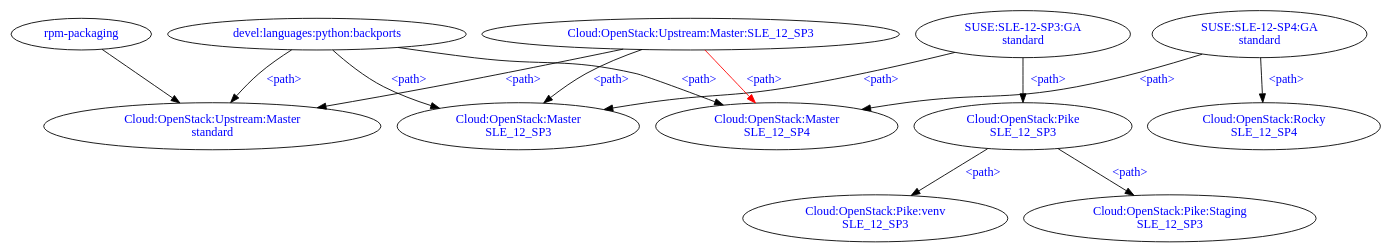
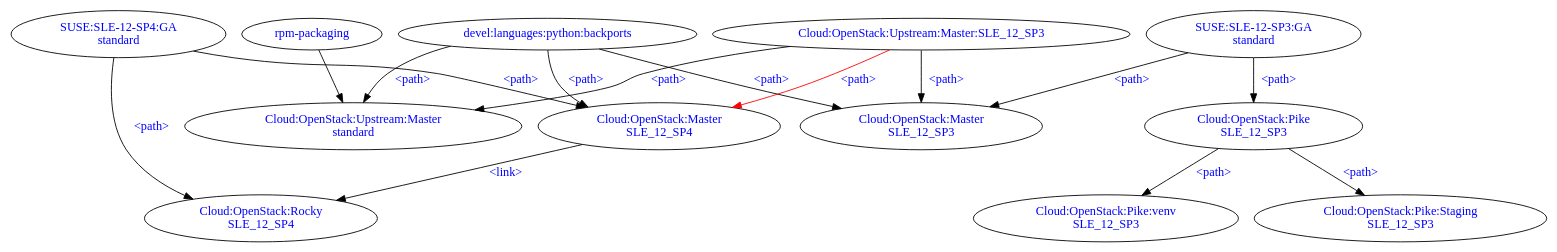
Before and after one commit to SUSE-Cloud/automation: the diagram in docs/repositories.dot, drawn with Graphviz.

Commit message:
add <link> from C:O:M to C:O:R

```diff
--- a/docs/repositories.dot
+++ b/docs/repositories.dot
@@ -1,145 +1,150 @@
 digraph G {
     dlpb[
       label="devel:languages:python:backports",
       URL="https://build.opensuse.org/project/show/devel:languages:python:backports",
       fontcolor="blue"
     ];
     SP3GA[
       label="SUSE:SLE-12-SP3:GA\nstandard",
       URL="https://build.opensuse.org/project/show/SUSE:SLE-12-SP3:GA",
       fontcolor="blue"
     ];
     SP4GA[
       label="SUSE:SLE-12-SP4:GA\nstandard",
       URL="https://build.opensuse.org/project/show/SUSE:SLE-12-SP4:GA",
       fontcolor="blue"
     ];
     COUMs[
       label="Cloud:OpenStack:Upstream:Master\nstandard",
       URL="https://build.opensuse.org/project/show/Cloud:OpenStack:Upstream:Master",
       fontcolor="blue"
     ];
     COUMSP3[
       label="Cloud:OpenStack:Upstream:Master:SLE_12_SP3",
       URL="https://build.opensuse.org/project/show/Cloud:OpenStack:Upstream:Master:SLE_12_SP3",
       fontcolor="blue"
     ];
     COMSP3[
       label="Cloud:OpenStack:Master\nSLE_12_SP3",
       URL="https://build.opensuse.org/project/show/Cloud:OpenStack:Master",
       fontcolor="blue"
     ];
     COMSP4[
       label="Cloud:OpenStack:Master\nSLE_12_SP4",
       URL="https://build.opensuse.org/project/show/Cloud:OpenStack:Master",
       fontcolor="blue"
     ];
 //    COF[
 //      label="Cloud:OpenStack:Factory",
 //      URL="https://build.opensuse.org/project/show/Cloud:OpenStack:Factory",
 //      fontcolor="blue"
 //    ];
     COP[
       label="Cloud:OpenStack:Pike\nSLE_12_SP3",
       URL="https://build.opensuse.org/project/show/Cloud:OpenStack:Pike",
       fontcolor="blue"
     ];
     COPv[
       label="Cloud:OpenStack:Pike:venv\nSLE_12_SP3",
       URL="https://build.opensuse.org/project/show/Cloud:OpenStack:Pike:venv",
       fontcolor="blue"
     ];
     COPS[
       label="Cloud:OpenStack:Pike:Staging\nSLE_12_SP3",
       URL="https://build.opensuse.org/project/show/Cloud:OpenStack:Pike:Staging",
       fontcolor="blue"
     ];
     CORSP4[
       label="Cloud:OpenStack:Rocky\nSLE_12_SP4",
       URL="https://build.opensuse.org/project/show/Cloud:OpenStack:Rocky",
       fontcolor="blue"
     ];
 //    CORS[
 //      label="Cloud:OpenStack:Rocky:Staging",
 //      URL="https://build.opensuse.org/project/show/Cloud:OpenStack:Rocky:Staging",
 //      fontcolor="blue"
 //    ];
     rp[
       label="rpm-packaging",
       URL="https://wiki.openstack.org/wiki/Rpm-packaging",
       fontcolor="blue"
     ];
 
     // Upstream
     dlpb -> COUMs[
       label="<path>",
       URL="https://build.opensuse.org/project/meta/Cloud:OpenStack:Upstream:Master",
       fontcolor="blue"
     ];
     COUMSP3 -> COUMs[
       label="<path>",
       URL="https://build.opensuse.org/project/meta/Cloud:OpenStack:Upstream:Master",
       fontcolor="blue"
     ];
 
     // Master SP3
     COUMSP3 -> COMSP3[
       label="<path>",
       URL="https://build.opensuse.org/project/meta/Cloud:OpenStack:Master",
       fontcolor="blue"
     ];
     dlpb -> COMSP3[
       label="<path>",
       URL="https://build.opensuse.org/project/meta/Cloud:OpenStack:Master",
       fontcolor="blue"
     ];
     SP3GA -> COMSP3[
       label="<path>",
       URL="https://build.opensuse.org/project/meta/Cloud:OpenStack:Master",
       fontcolor="blue"
     ];
 
     // Master SP4
     COUMSP3 -> COMSP4[
       label="<path>",
       color="red",
       URL="https://build.opensuse.org/project/meta/Cloud:OpenStack:Master",
       fontcolor="blue"
     ];
     dlpb -> COMSP4[
       label="<path>",
       URL="https://build.opensuse.org/project/meta/Cloud:OpenStack:Master",
       fontcolor="blue"
     ];
     SP4GA -> COMSP4[
       label="<path>",
       URL="https://build.opensuse.org/project/meta/Cloud:OpenStack:Master",
       fontcolor="blue"
     ];
 
     // Rocky
+    COMSP4 -> CORSP4[
+      label="<link>",
+      URL="https://build.opensuse.org/project/meta/Cloud:OpenStack:Rocky",
+      fontcolor="blue"
+    ];
     SP4GA -> CORSP4[
       label="<path>",
       URL="https://build.opensuse.org/project/meta/Cloud:OpenStack:Rocky",
       fontcolor="blue"
     ];
 
     // Pike
     COP -> COPS[
       label="<path>",
       URL="https://build.opensuse.org/project/meta/Cloud:OpenStack:Pike",
       fontcolor="blue"
     ];
     SP3GA -> COP[
       label="<path>",
       URL="https://build.opensuse.org/project/meta/Cloud:OpenStack:Pike",
       fontcolor="blue"
     ];
     COP -> COPv[
       label="<path>",
       URL="https://build.opensuse.org/project/meta/Cloud:OpenStack:Pike:venv",
       fontcolor="blue"
     ];
 
     rp-> COUMs;
 }
```
